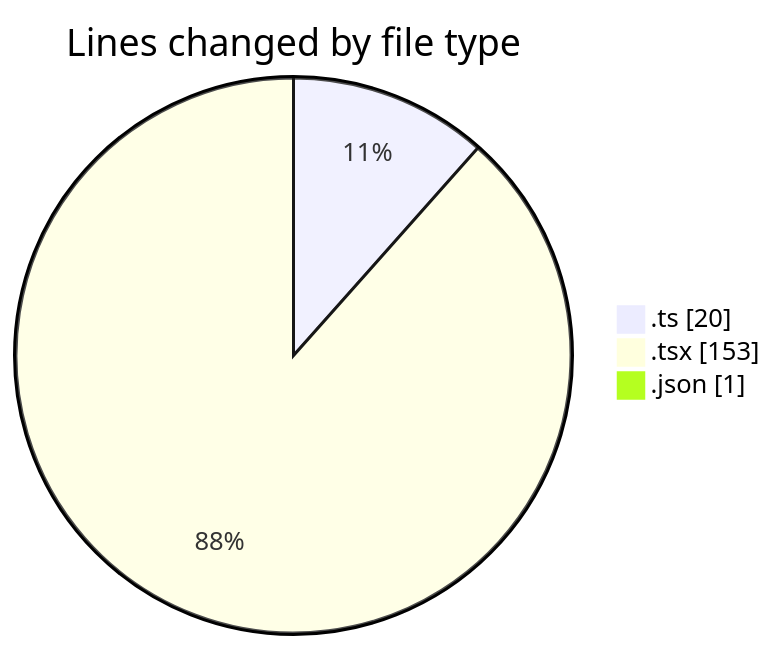
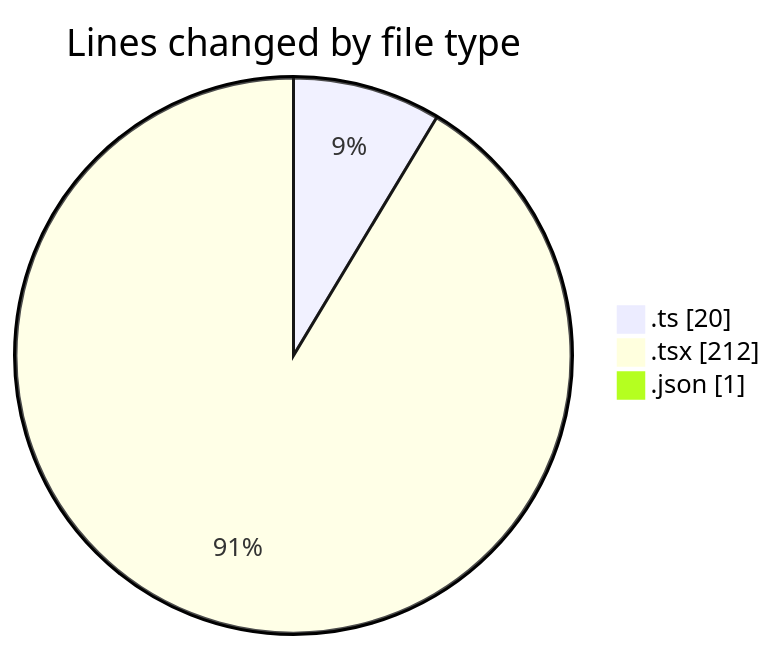
The first of 2 diagrams in 2025-02-27/area-formacao-web/README.md (robertbonfada/code-tracking), drawn with Mermaid before and after one commit. The commit also changed other lines of this file and 1 other file, not shown here.

````diff
--- a/2025-02-27/area-formacao-web/README.md
+++ b/2025-02-27/area-formacao-web/README.md
@@ -24,7 +24,7 @@
 ```mermaid
 pie showData
 title Lines changed by file type
 ".ts" : 20
-".tsx" : 153
+".tsx" : 212
 ".json" : 1
 ```
````
